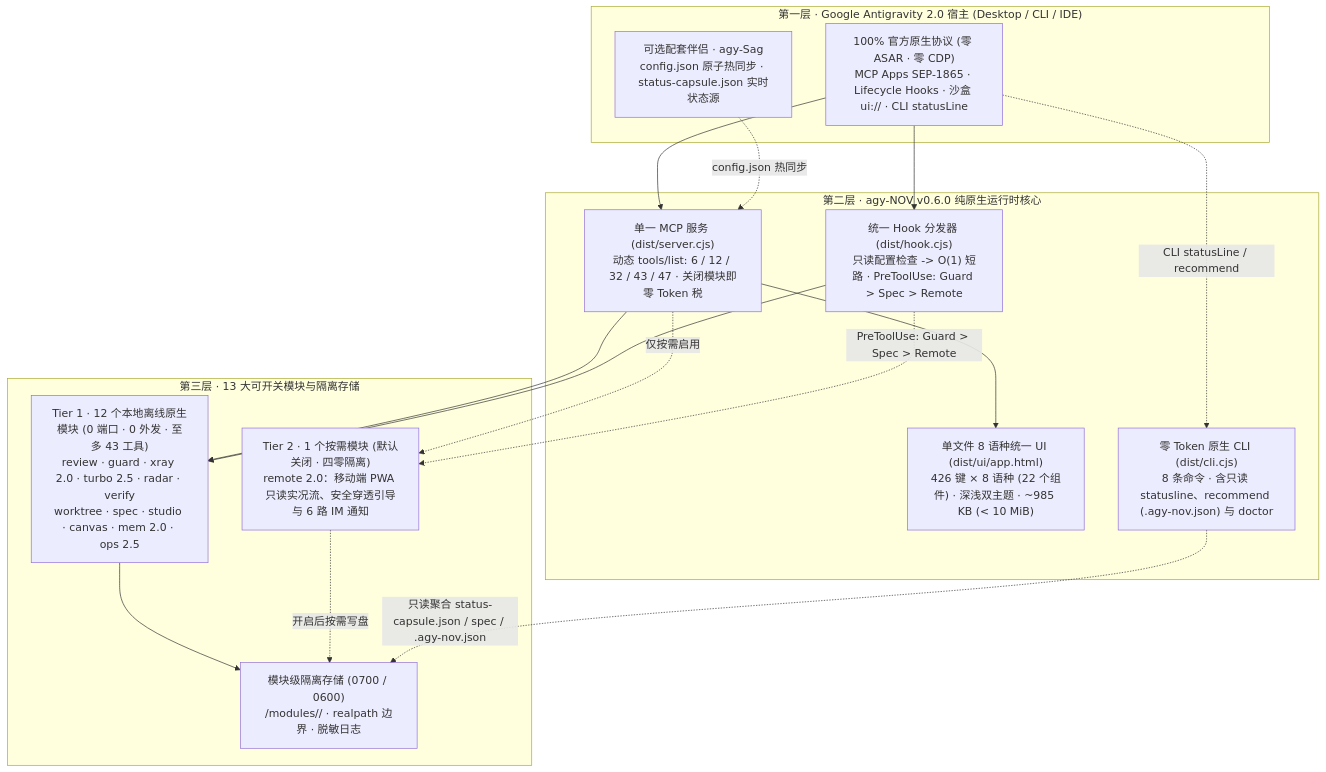
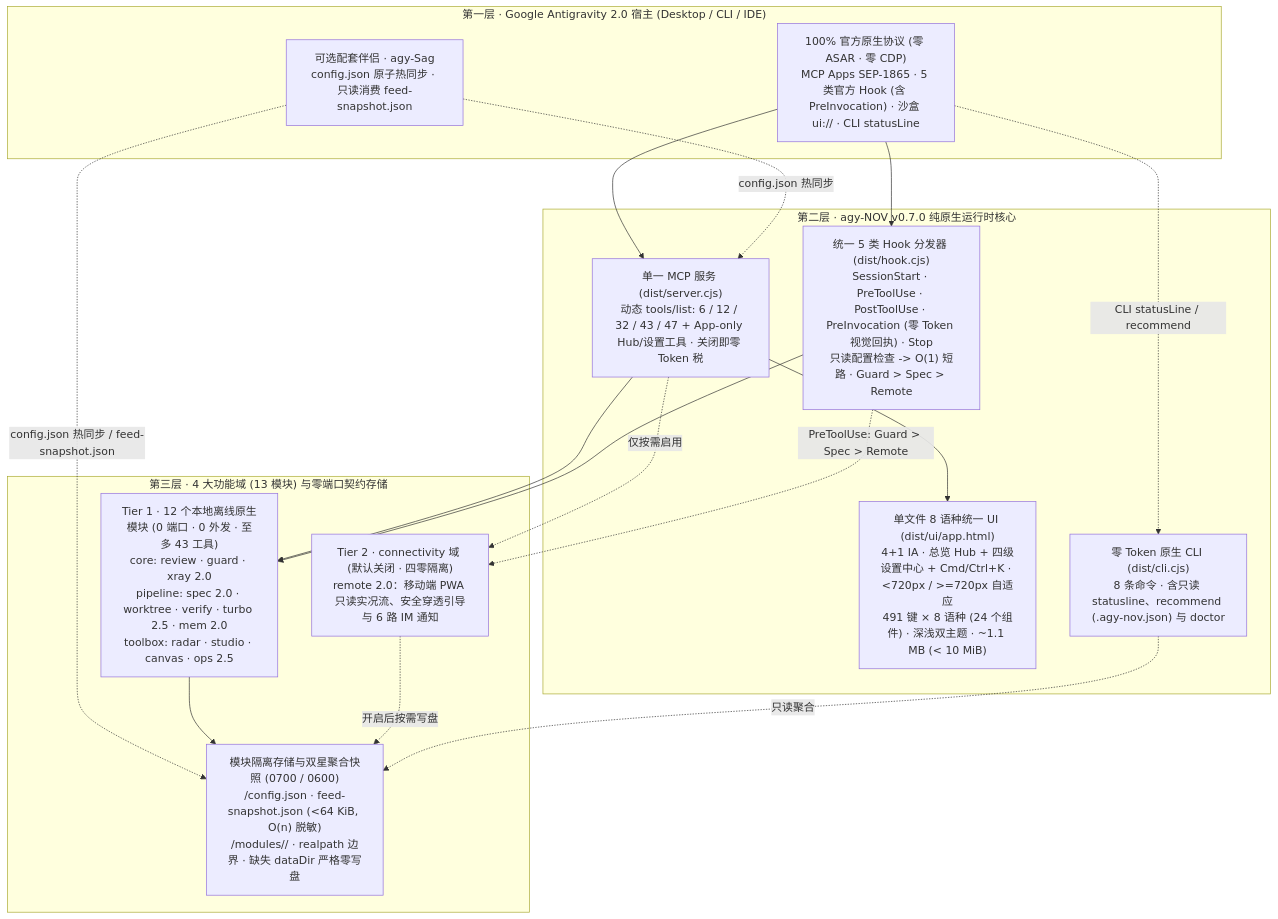
Before and after one commit to tone-leh/agy-NOV: the diagram in docs/i18n/README.zh-CN.md, drawn with Mermaid. The commit also changed other lines of this file and 54 other files, not shown here.

Commit message:
feat: release agy-NOV v0.7.0 (4+1 IA, Settings Hub, Spec 2.0, Dual-Star Feed, PreInvocation)

````diff
--- a/docs/i18n/README.zh-CN.md
+++ b/docs/i18n/README.zh-CN.md
@@ -207,33 +219,34 @@
 ```mermaid
 flowchart TB
   subgraph L1["第一层 · Google Antigravity 2.0 宿主 (Desktop / CLI / IDE)"]
-    Host["100% 官方原生协议 (零 ASAR · 零 CDP)\nMCP Apps SEP-1865 · Lifecycle Hooks · 沙盒 ui:// · CLI statusLine"]
-    Sag["可选配套伴侣 · agy-Sag\nconfig.json 原子热同步 · status-capsule.json 实时状态源"]
+    Host["100% 官方原生协议 (零 ASAR · 零 CDP)\nMCP Apps SEP-1865 · 5 类官方 Hook (含 PreInvocation) · 沙盒 ui:// · CLI statusLine"]
+    Sag["可选配套伴侣 · agy-Sag\nconfig.json 原子热同步 · 只读消费 feed-snapshot.json"]
   end
 
-  subgraph L2["第二层 · agy-NOV v0.6.0 纯原生运行时核心"]
-    MCP["单一 MCP 服务 (dist/server.cjs)\n动态 tools/list: 6 / 12 / 32 / 43 / 47 · 关闭模块即零 Token 税"]
-    Hook["统一 Hook 分发器 (dist/hook.cjs)\n只读配置检查 -> O(1) 短路 · PreToolUse: Guard > Spec > Remote"]
-    UI["单文件 8 语种统一 UI (dist/ui/app.html)\n426 键 × 8 语种 (22 个组件) · 深浅双主题 · ~985 KB (< 10 MiB)"]
+  subgraph L2["第二层 · agy-NOV v0.7.0 纯原生运行时核心"]
+    MCP["单一 MCP 服务 (dist/server.cjs)\n动态 tools/list: 6 / 12 / 32 / 43 / 47 + App-only Hub/设置工具 · 关闭即零 Token 税"]
+    Hook["统一 5 类 Hook 分发器 (dist/hook.cjs)\nSessionStart · PreToolUse · PostToolUse · PreInvocation (零 Token 视觉回执) · Stop\n只读配置检查 -> O(1) 短路 · Guard > Spec > Remote"]
+    UI["单文件 8 语种统一 UI (dist/ui/app.html)\n4+1 IA · 总览 Hub + 四级设置中心 + Cmd/Ctrl+K · <720px / >=720px 自适应\n491 键 × 8 语种 (24 个组件) · 深浅双主题 · ~1.1 MB (< 10 MiB)"]
     CLI["零 Token 原生 CLI (dist/cli.cjs)\n8 条命令 · 含只读 statusline、recommend (.agy-nov.json) 与 doctor"]
   end
 
-  subgraph L3["第三层 · 13 大可开关模块与隔离存储"]
-    T1["Tier 1 · 12 个本地离线原生模块 (0 端口 · 0 外发 · 至多 43 工具)\nreview · guard · xray 2.0 · turbo 2.5 · radar · verify\nworktree · spec · studio · canvas · mem 2.0 · ops 2.5"]
-    T2R["Tier 2 · 1 个按需模块 (默认关闭 · 四零隔离)\nremote 2.0：移动端 PWA 只读实况流、安全穿透引导与 6 路 IM 通知"]
-    Store["模块级隔离存储 (0700 / 0600)\n<dataDir>/modules/<id>/ · realpath 边界 · 脱敏日志"]
+  subgraph L3["第三层 · 4 大功能域 (13 模块) 与零端口契约存储"]
+    T1["Tier 1 · 12 个本地离线原生模块 (0 端口 · 0 外发 · 至多 43 工具)\ncore: review · guard · xray 2.0\npipeline: spec 2.0 · worktree · verify · turbo 2.5 · mem 2.0\ntoolbox: radar · studio · canvas · ops 2.5"]
+    T2R["Tier 2 · connectivity 域 (默认关闭 · 四零隔离)\nremote 2.0：移动端 PWA 只读实况流、安全穿透引导与 6 路 IM 通知"]
+    Store["模块隔离存储与双星聚合快照 (0700 / 0600)\n<dataDir>/config.json · feed-snapshot.json (<64 KiB, O(n) 脱敏)\n<dataDir>/modules/<id>/ · realpath 边界 · 缺失 dataDir 严格零写盘"]
   end
 
   Host --> MCP
   Host --> Hook
   Host -. "CLI statusLine / recommend" .-> CLI
+  Sag -. "config.json 热同步 / feed-snapshot.json" .-> Store
   Sag -. "config.json 热同步" .-> MCP
   MCP --> UI
   MCP --> T1
   MCP -. "仅按需启用" .-> T2R
   Hook --> T1
   Hook -. "PreToolUse: Guard > Spec > Remote" .-> T2R
   T1 --> Store
   T2R -. "开启后按需写盘" .-> Store
-  CLI -. "只读聚合 status-capsule.json / spec / .agy-nov.json" .-> Store
+  CLI -. "只读聚合" .-> Store
 ```
````
